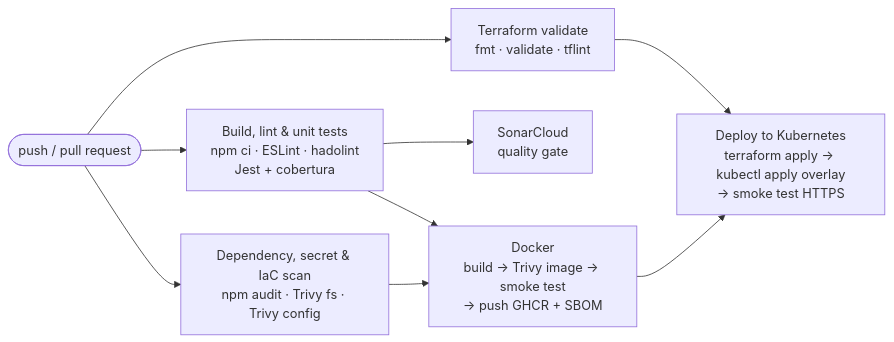
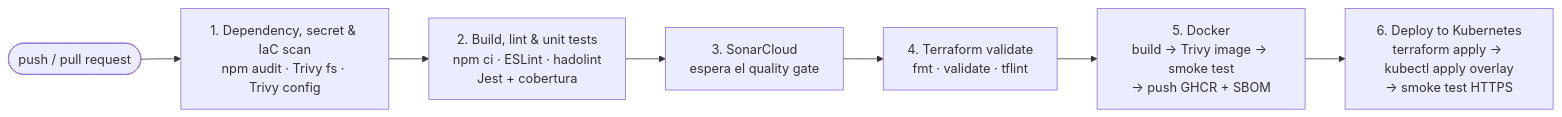
Before and after one commit to FavioRonaldo/devsu-demo-devops-nodejs: the second of 3 diagrams in README.md, drawn with Mermaid. The commit also changed other lines of this file, not shown here.

Commit message:
update pipeline docs

````diff
--- a/README.md
+++ b/README.md
@@ -226,13 +226,10 @@
 ```mermaid
 flowchart LR
-    push(["push / pull request"]) --> build
-    push --> scan
-    push --> tf
-
-    build["Build, lint & unit tests<br/>npm ci · ESLint · hadolint<br/>Jest + cobertura"] --> sonar["SonarCloud<br/>quality gate"]
-    build --> docker
-    scan["Dependency, secret & IaC scan<br/>npm audit · Trivy fs · Trivy config"] --> docker
-    tf["Terraform validate<br/>fmt · validate · tflint"] --> deploy
-
-    docker["Docker<br/>build → Trivy image → smoke test<br/>→ push GHCR + SBOM"] --> deploy["Deploy to Kubernetes<br/>terraform apply → kubectl apply overlay<br/>→ smoke test HTTPS"]
+    push(["push / pull request"]) --> scan
+    scan["1. Dependency, secret & IaC scan<br/>npm audit · Trivy fs · Trivy config"] --> build
+    build["2. Build, lint & unit tests<br/>npm ci · ESLint · hadolint<br/>Jest + cobertura"] --> sonar
+    sonar["3. SonarCloud<br/>espera el quality gate"] --> tf
+    tf["4. Terraform validate<br/>fmt · validate · tflint"] --> docker
+    docker["5. Docker<br/>build → Trivy image → smoke test<br/>→ push GHCR + SBOM"] --> deploy
+    deploy["6. Deploy to Kubernetes<br/>terraform apply → kubectl apply overlay<br/>→ smoke test HTTPS"]
 ```
````
